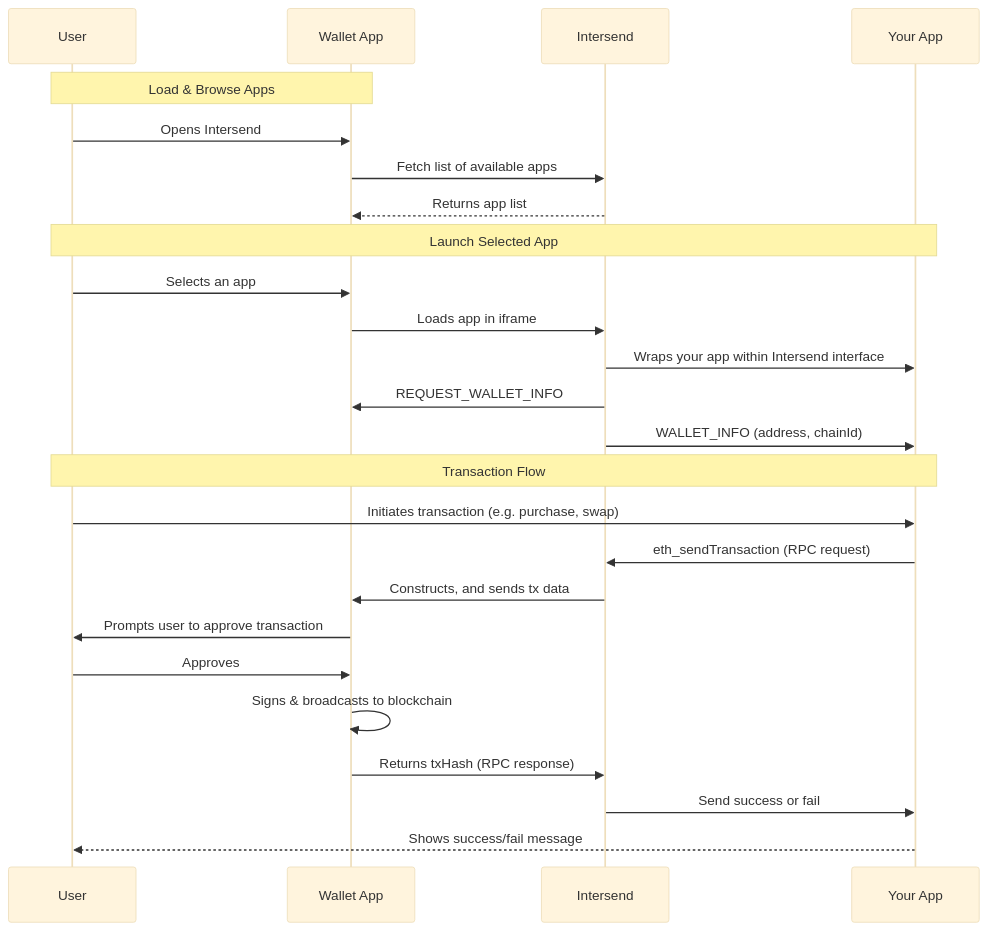
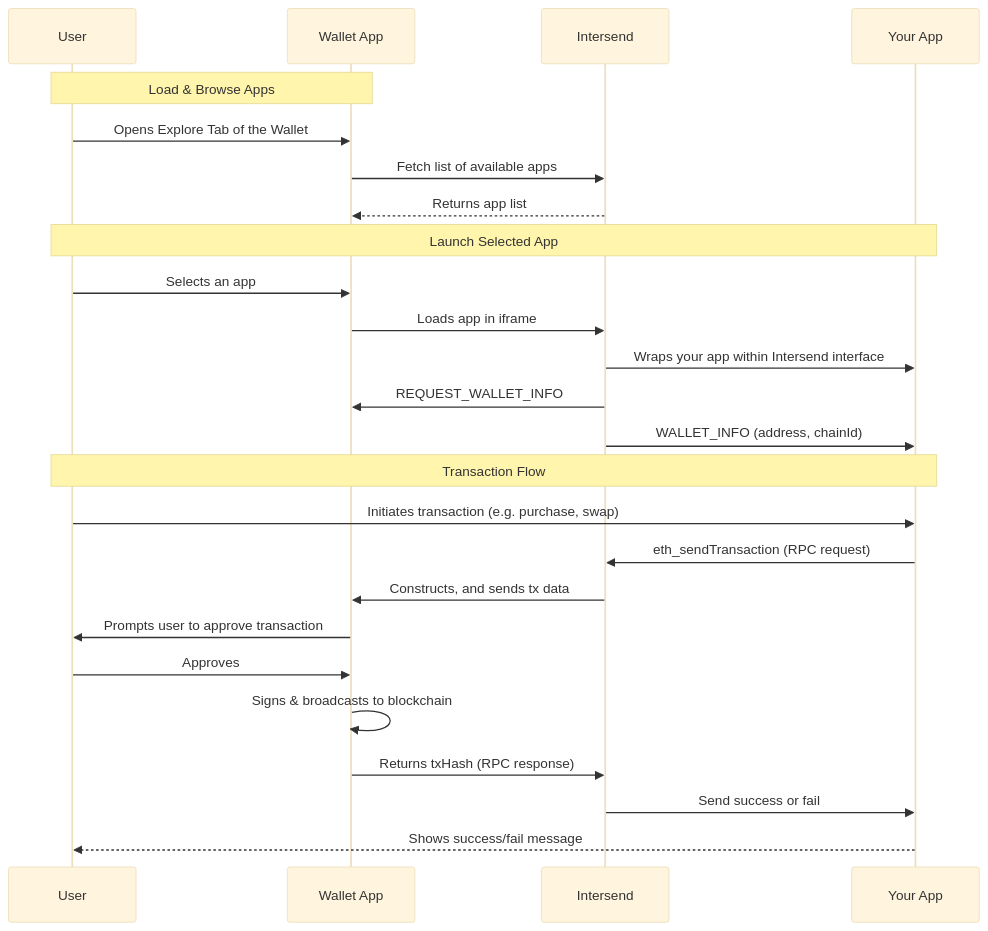
Before and after one commit to intersend/docs: the diagram in apps/overview.mdx, drawn with Mermaid (base theme). The commit also changed 2 other files, not shown here.

Commit message:
minor flow chart typo

````diff
--- a/apps/overview.mdx
+++ b/apps/overview.mdx
@@ -45,31 +45,31 @@
 ```mermaid
 sequenceDiagram
     participant User
     participant Wallet as Wallet App
     participant Intersend as Intersend
     participant App as Your App
 
 
     Note over User,Wallet: Load & Browse Apps
-    User->>Wallet: Opens Intersend
+    User->>Wallet: Opens Explore Tab of the Wallet
     Wallet->>Intersend: Fetch list of available apps
     Intersend-->>Wallet: Returns app list
 
     Note over User,App: Launch Selected App
     User->>Wallet: Selects an app
     Wallet->>Intersend: Loads app in iframe
     Intersend->>App: Wraps your app within Intersend interface
     Intersend->>Wallet: REQUEST_WALLET_INFO
     Intersend->>App: WALLET_INFO (address, chainId)
 
     Note over User,App: Transaction Flow
     User->>App: Initiates transaction (e.g. purchase, swap)
     App->>Intersend: eth_sendTransaction (RPC request)
     Intersend->>Wallet: Constructs, and sends tx data
     Wallet->>User: Prompts user to approve transaction
     User->>Wallet: Approves
     Wallet->>Wallet: Signs & broadcasts to blockchain
     Wallet->>Intersend: Returns txHash (RPC response)
     Intersend->>App: Send success or fail
     App-->>User: Shows success/fail message
 ```
````
